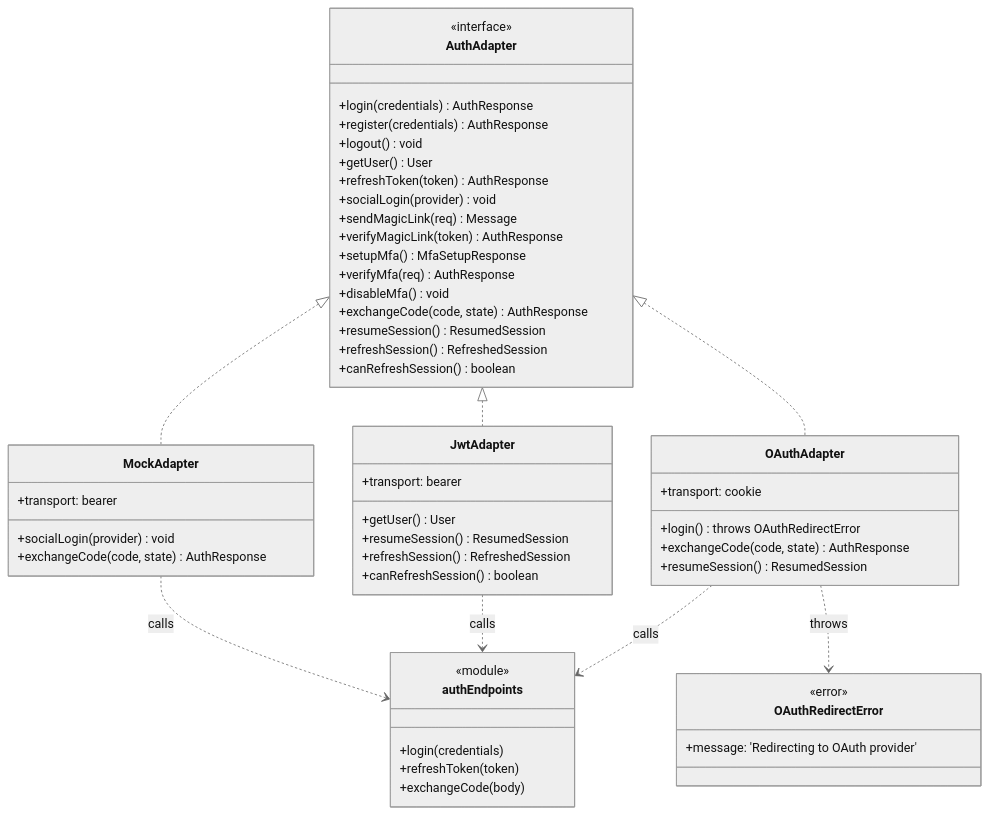
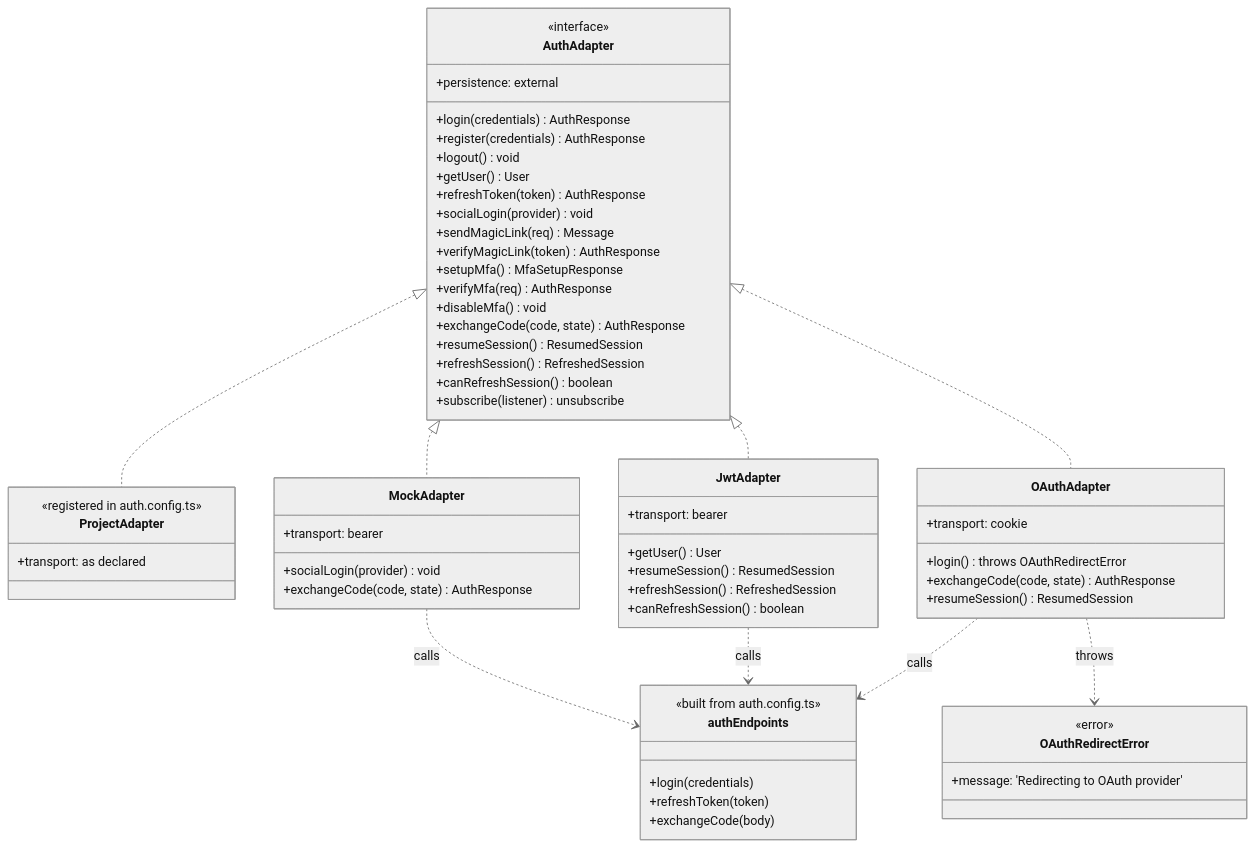
One commit to boussadjra/vuestrata changed the third of 14 diagrams in docs/6.configuration/3.auth-deep-dive.md. Above: the diagram before and after it, drawn with Mermaid (neutral theme). The commit also changed other lines of this file and 8 other files, not shown here.

````diff
--- a/docs/6.configuration/3.auth-deep-dive.md
+++ b/docs/6.configuration/3.auth-deep-dive.md
@@ -281,62 +281,70 @@
 ```mermaid
 classDiagram
   class AuthAdapter {
     <<interface>>
     +login(credentials) AuthResponse
     +register(credentials) AuthResponse
     +logout() void
     +getUser() User
     +refreshToken(token) AuthResponse
     +socialLogin(provider) void
     +sendMagicLink(req) Message
     +verifyMagicLink(token) AuthResponse
     +setupMfa() MfaSetupResponse
     +verifyMfa(req) AuthResponse
     +disableMfa() void
     +exchangeCode(code, state) AuthResponse
     +resumeSession() ResumedSession
     +refreshSession() RefreshedSession
     +canRefreshSession() boolean
+    +subscribe(listener) unsubscribe
+    +persistence: external
   }
 
   class authEndpoints {
-    <<module>>
+    <<built from auth.config.ts>>
     +login(credentials)
     +refreshToken(token)
     +exchangeCode(body)
+  }
+
+  class ProjectAdapter {
+    <<registered in auth.config.ts>>
+    +transport: as declared
   }
 
   class MockAdapter {
     +transport: bearer
     +socialLogin(provider) void
     +exchangeCode(code, state) AuthResponse
   }
 
   class JwtAdapter {
     +transport: bearer
     +getUser() User
     +resumeSession() ResumedSession
     +refreshSession() RefreshedSession
     +canRefreshSession() boolean
   }
 
   class OAuthAdapter {
     +transport: cookie
     +login() throws OAuthRedirectError
     +exchangeCode(code, state) AuthResponse
     +resumeSession() ResumedSession
   }
 
   class OAuthRedirectError {
     <<error>>
     +message: 'Redirecting to OAuth provider'
   }
 
   AuthAdapter <|.. MockAdapter
   AuthAdapter <|.. JwtAdapter
   AuthAdapter <|.. OAuthAdapter
+  AuthAdapter <|.. ProjectAdapter
   MockAdapter ..> authEndpoints : calls
   JwtAdapter ..> authEndpoints : calls
   OAuthAdapter ..> authEndpoints : calls
   OAuthAdapter ..> OAuthRedirectError : throws
 ```
````
